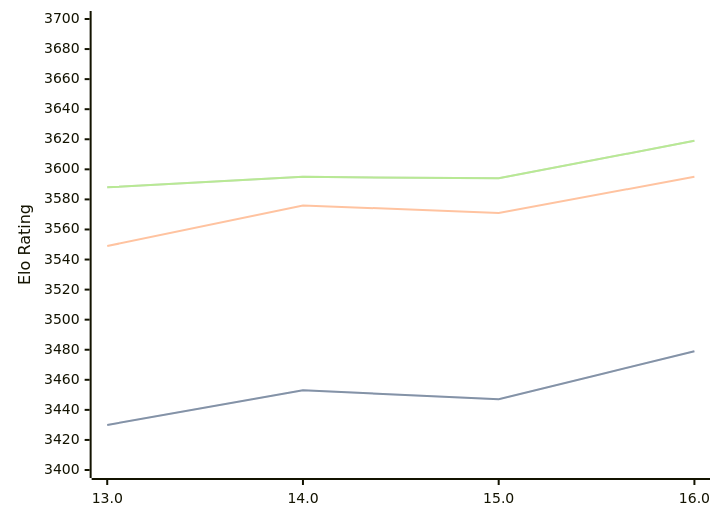
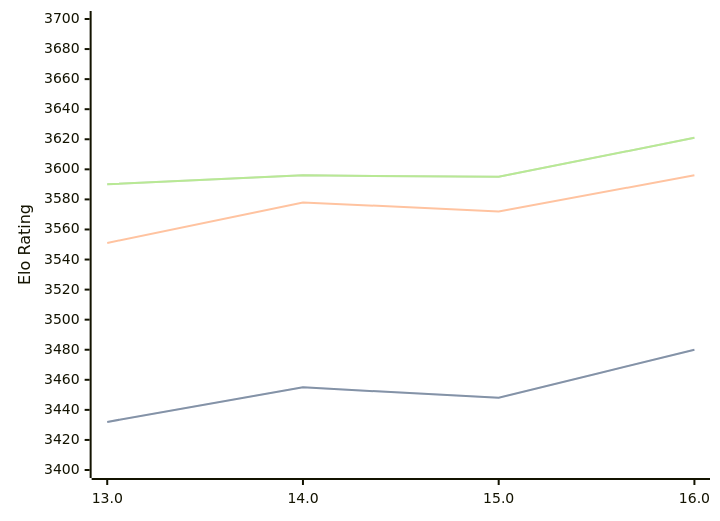
Before and after one commit to computer-chess-index/cci: the diagram in engines/Obsidian.md, drawn with Mermaid. The commit also changed other lines of this file, not shown here.

Commit message:
Update CCI Ratings (ELO VLTC) - 2026-02-21

````diff
--- a/engines/Obsidian.md
+++ b/engines/Obsidian.md
@@ -40,11 +40,11 @@
 ```mermaid
 %%{init: {"theme":"base","themeVariables":{"seriesColors:['#a3a3a3','#222221','#faa371']}}}%%
 xychart-beta
   x-axis ["13.0", "14.0", "15.0", "16.0"]
   y-axis "Elo Rating" 3400 --> 3700
-  line "STC (8.0+0.08s)" [3430, 3453, 3447, 3479]
-  line "STC (8.0+0.08s)" [3430, 3453, 3447, 3479]
-  line "LTC (60.0+0.60s)" [3549, 3576, 3571, 3595]
-  line "VLTC (2m24s+1.12s)" [3588, 3595, 3594, 3619]
-  line "VLTC (2m24s+1.12s)" [3588, 3595, 3594, 3619]
+  line "STC (8.0+0.08s)" [3432, 3455, 3448, 3480]
+  line "STC (8.0+0.08s)" [3432, 3455, 3448, 3480]
+  line "LTC (60.0+0.60s)" [3551, 3578, 3572, 3596]
+  line "VLTC (2m24s+1.12s)" [3590, 3596, 3595, 3621]
+  line "VLTC (2m24s+1.12s)" [3590, 3596, 3595, 3621]
 ```
````
